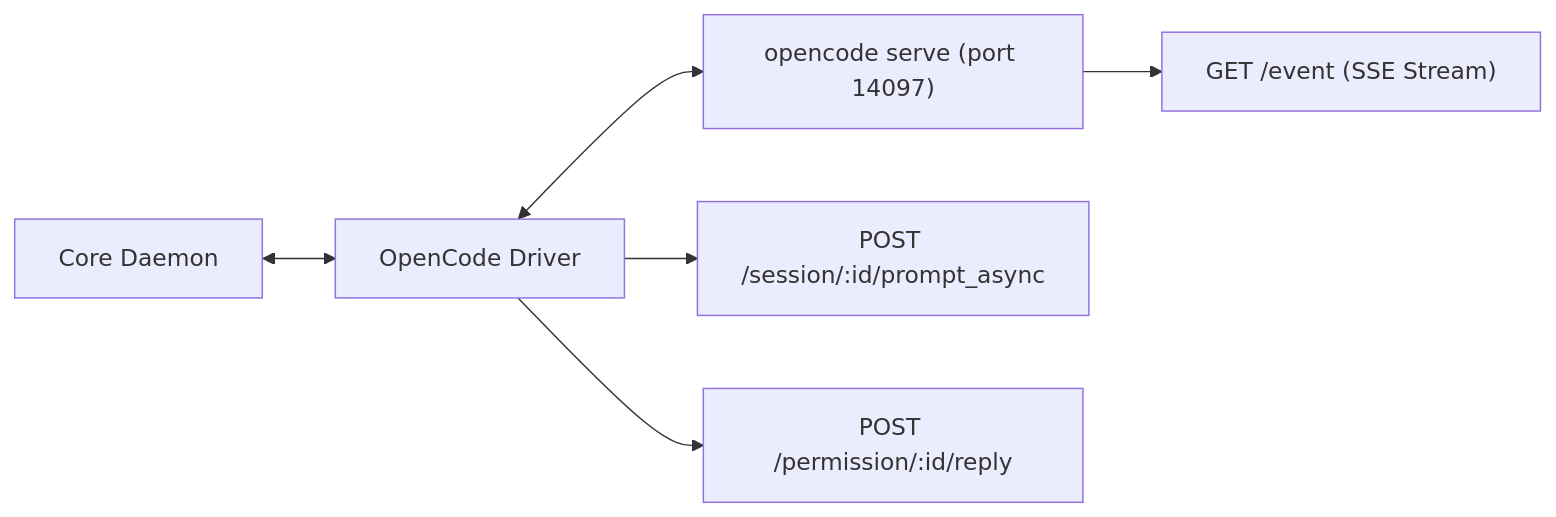
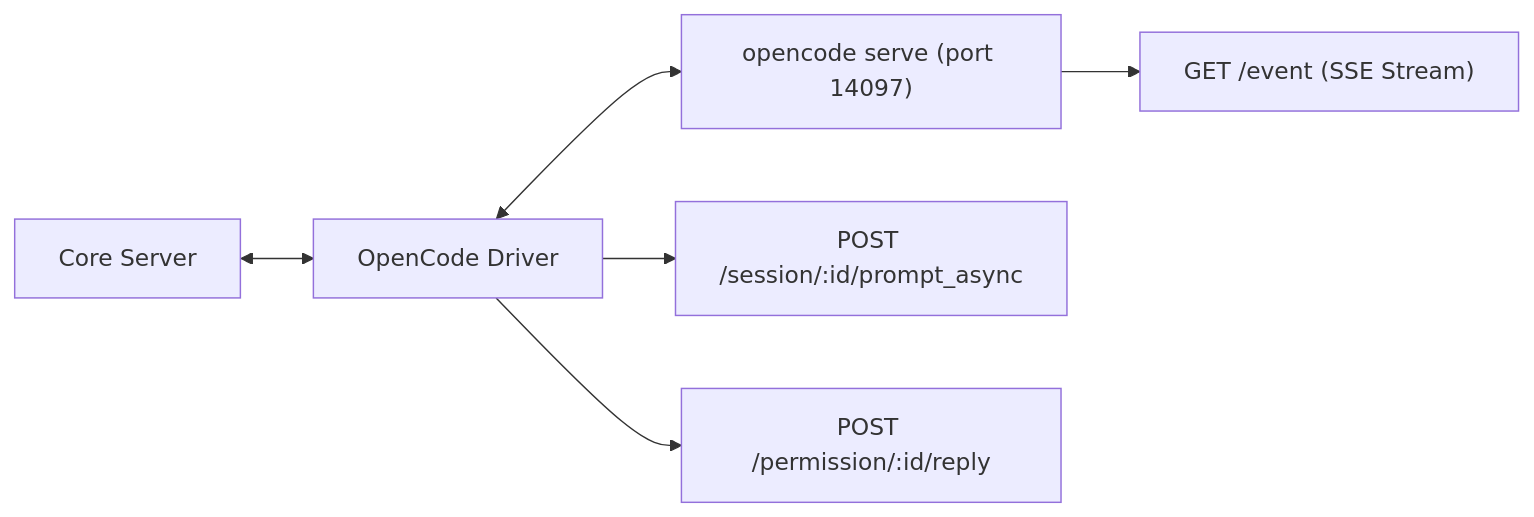
Before and after one commit to morewebs/OpenRemote: the fourth of 6 diagrams in docs/spec/03_AGENT_DRIVERS_SPEC.md, drawn with Mermaid. The commit also changed other lines of this file and 12 other files, not shown here.

````diff
--- a/docs/spec/03_AGENT_DRIVERS_SPEC.md
+++ b/docs/spec/03_AGENT_DRIVERS_SPEC.md
@@ -90,8 +141,8 @@
 ```mermaid
 graph LR
-    Daemon[Core Daemon] <--> Driver[OpenCode Driver]
-    Driver <--> DaemonOC["opencode serve (port 14097)"]
-    DaemonOC --> SSE["GET /event (SSE Stream)"]
-    Driver --> REST["POST /session/:id/prompt_async"]
-    Driver --> Permissions["POST /permission/:id/reply"]
+    Daemon[Core Server] <--> Driver[OpenCode Driver]
+    Driver <--> OCSvc["opencode serve (port 14097)"]
+    OCSvc --> SSE["GET /event (SSE Stream)"]
+    Driver --> PromptREST["POST /session/:id/prompt_async"]
+    Driver --> PermREST["POST /permission/:id/reply"]
 ```
````
